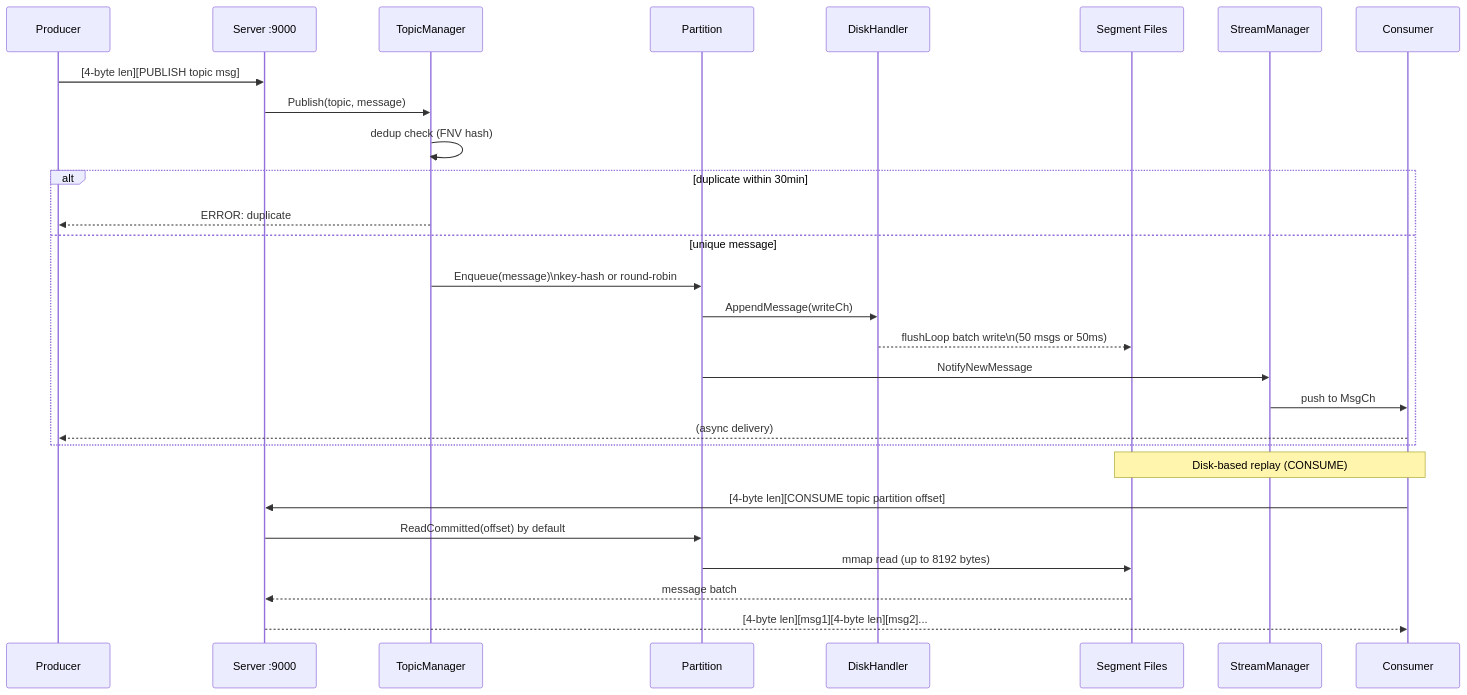
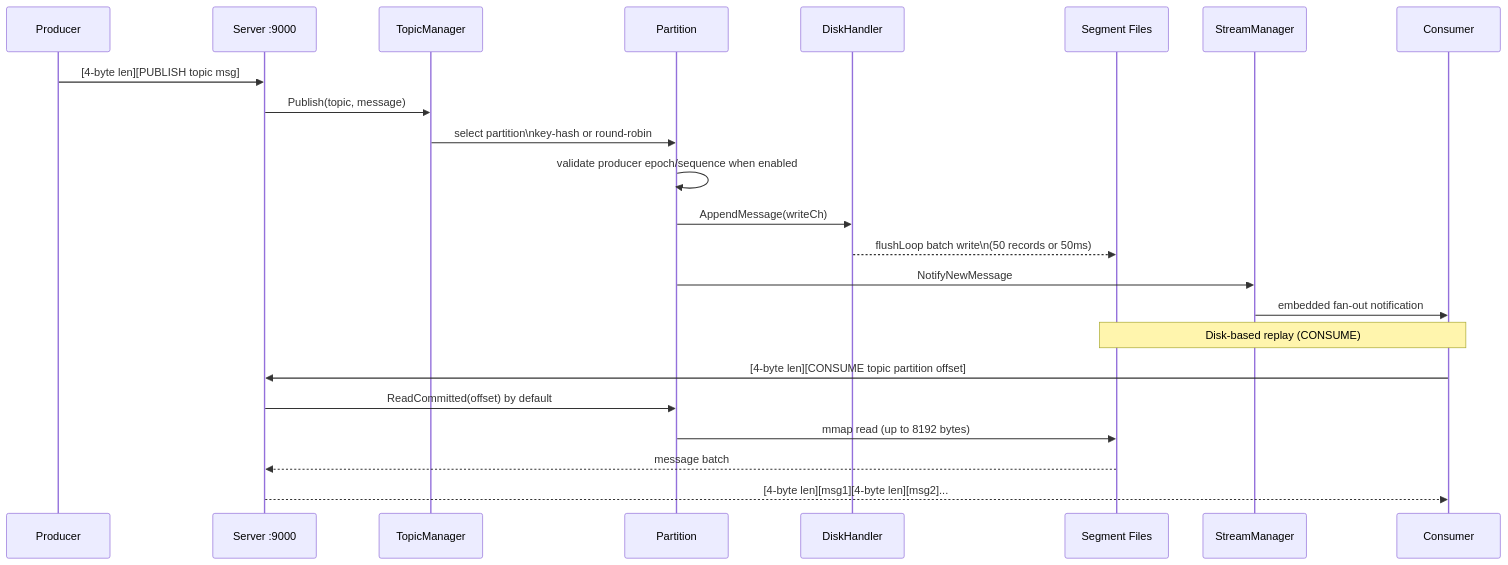
The second of 8 diagrams in docs/architecture.md (cursus-io/cursus), drawn with Mermaid before and after one commit. The commit also changed other lines of this file and 58 other files, not shown here.

````diff
--- a/docs/architecture.md
+++ b/docs/architecture.md
@@ -98,32 +98,27 @@
 ```mermaid
 sequenceDiagram
     participant PROD as Producer
     participant SRV as Server :9000
     participant TM as TopicManager
     participant PART as Partition
     participant DH as DiskHandler
     participant DISK as Segment Files
     participant SM as StreamManager
     participant CONS as Consumer
 
     PROD->>SRV: [4-byte len][PUBLISH topic msg]
     SRV->>TM: Publish(topic, message)
-    TM->>TM: dedup check (FNV hash)
-    alt duplicate within 30min
-        TM-->>PROD: ERROR: duplicate
-    else unique message
-        TM->>PART: Enqueue(message)\nkey-hash or round-robin
-        PART->>DH: AppendMessage(writeCh)
-        DH-->>DISK: flushLoop batch write\n(50 msgs or 50ms)
-        PART->>SM: NotifyNewMessage
-        SM->>CONS: push to MsgCh
-        CONS-->>PROD: (async delivery)
-    end
+    TM->>PART: select partition\nkey-hash or round-robin
+    PART->>PART: validate producer epoch/sequence when enabled
+    PART->>DH: AppendMessage(writeCh)
+    DH-->>DISK: flushLoop batch write\n(50 records or 50ms)
+    PART->>SM: NotifyNewMessage
+    SM->>CONS: embedded fan-out notification
 
     Note over CONS,DISK: Disk-based replay (CONSUME)
     CONS->>SRV: [4-byte len][CONSUME topic partition offset]
     SRV->>PART: ReadCommitted(offset) by default
     PART->>DISK: mmap read (up to 8192 bytes)
     DISK-->>SRV: message batch
     SRV-->>CONS: [4-byte len][msg1][4-byte len][msg2]...
 ```
````
